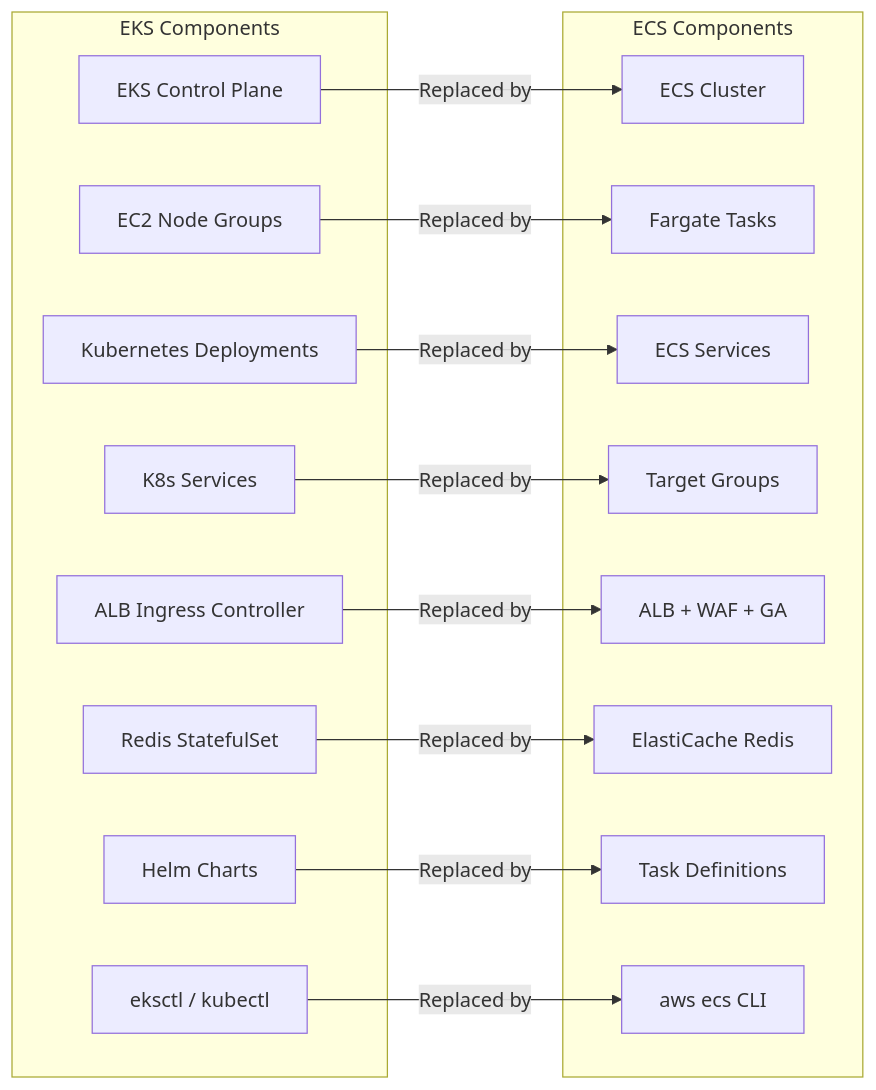
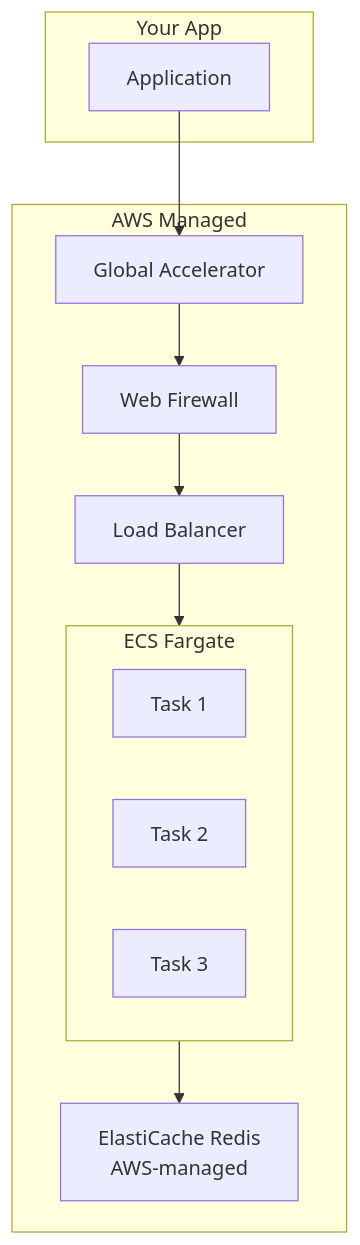
One commit to aldea-ai/infrastructure-docs changed the third of 10 diagrams in diagrams/eks-to-ecs-comparison.md. Above: the diagram before and after it, drawn with Mermaid. The commit also changed other lines of this file and 3 other files, not shown here.

First line of the commit message:
Simplify diagrams for layman readability

````diff
--- a/diagrams/eks-to-ecs-comparison.md
+++ b/diagrams/eks-to-ecs-comparison.md
@@ -66,33 +65,23 @@
 ```mermaid
-flowchart LR
-    subgraph EKS["EKS Components"]
-        E1[EKS Control Plane]
-        E2[EC2 Node Groups]
-        E3[Kubernetes Deployments]
-        E4[K8s Services]
-        E5[ALB Ingress Controller]
-        E6[Redis StatefulSet]
-        E7[Helm Charts]
-        E8[eksctl / kubectl]
+flowchart TB
+    subgraph User["Your App"]
+        APP[Application]
     end
 
-    subgraph ECS["ECS Components"]
-        C1[ECS Cluster]
-        C2[Fargate Tasks]
-        C3[ECS Services]
-        C4[Target Groups]
-        C5[ALB + WAF + GA]
-        C6[ElastiCache Redis]
-        C7[Task Definitions]
-        C8[aws ecs CLI]
+    subgraph AWS["AWS Managed"]
+        GA[Global Accelerator]
+        WAF[Web Firewall]
+        ALB[Load Balancer]
+
+        subgraph ECS["ECS Fargate"]
+            T1[Task 1]
+            T2[Task 2]
+            T3[Task 3]
+        end
+
+        REDIS_AWS[ElastiCache Redis<br/>AWS-managed]
     end
 
-    E1 -->|Replaced by| C1
-    E2 -->|Replaced by| C2
-    E3 -->|Replaced by| C3
-    E4 -->|Replaced by| C4
-    E5 -->|Replaced by| C5
-    E6 -->|Replaced by| C6
-    E7 -->|Replaced by| C7
-    E8 -->|Replaced by| C8
+    APP --> GA --> WAF --> ALB --> ECS
+    ECS --> REDIS_AWS
 ```
````
